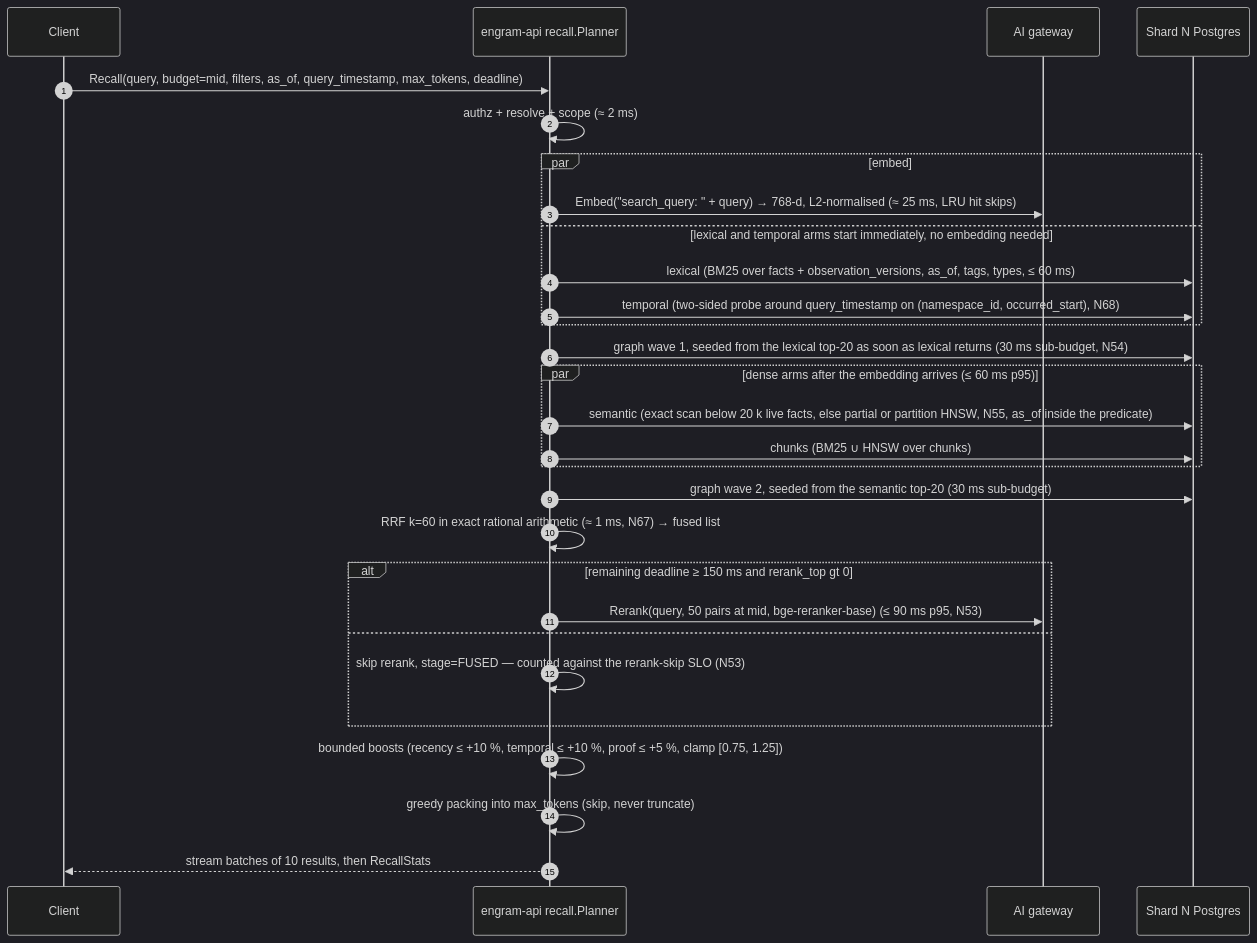
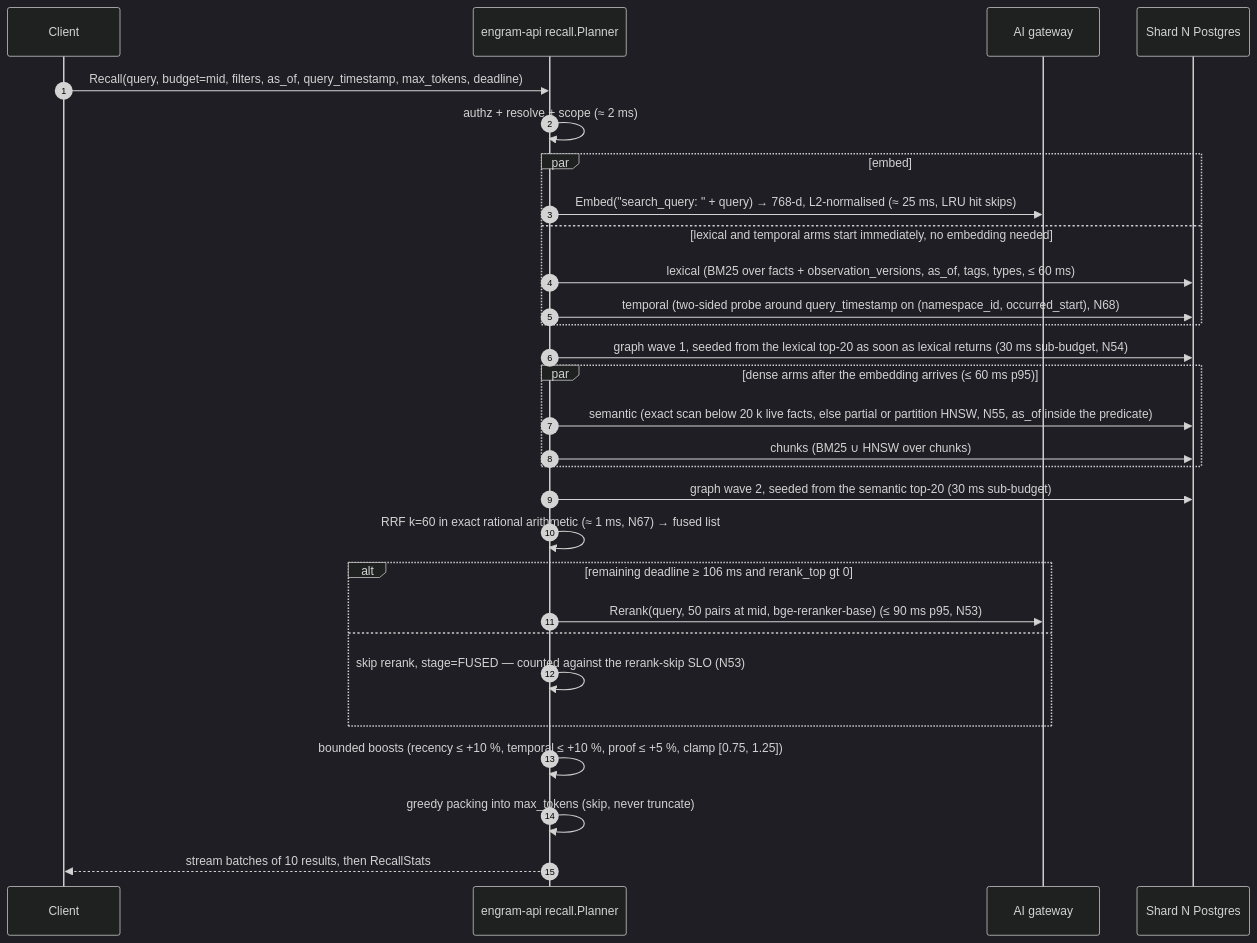
The fourth of 4 diagrams in plans/engram/sections/01-architecture.md (gstamatakis95/agent-memory-benchmark), drawn with Mermaid (dark theme) before and after one commit. The commit also changed other lines of this file and 9 other files, not shown here.

````diff
--- a/plans/engram/sections/01-architecture.md
+++ b/plans/engram/sections/01-architecture.md
@@ -344,32 +346,32 @@
 ```mermaid
 sequenceDiagram
   autonumber
   participant C as Client
   participant API as engram-api recall.Planner
   participant G as AI gateway
   participant DB as Shard N Postgres
 
   C->>API: Recall(query, budget=mid, filters, as_of, query_timestamp, max_tokens, deadline)
   API->>API: authz + resolve + scope (≈ 2 ms)
   par embed
     API->>G: Embed("search_query: " + query) → 768-d, L2-normalised (≈ 25 ms, LRU hit skips)
   and lexical and temporal arms start immediately, no embedding needed
     API->>DB: lexical (BM25 over facts + observation_versions, as_of, tags, types, ≤ 60 ms)
     API->>DB: temporal (two-sided probe around query_timestamp on (namespace_id, occurred_start), N68)
   end
   API->>DB: graph wave 1, seeded from the lexical top-20 as soon as lexical returns (30 ms sub-budget, N54)
   par dense arms after the embedding arrives (≤ 60 ms p95)
     API->>DB: semantic (exact scan below 20 k live facts, else partial or partition HNSW, N55, as_of inside the predicate)
     API->>DB: chunks (BM25 ∪ HNSW over chunks)
   end
   API->>DB: graph wave 2, seeded from the semantic top-20 (30 ms sub-budget)
   API->>API: RRF k=60 in exact rational arithmetic (≈ 1 ms, N67) → fused list
-  alt remaining deadline ≥ 150 ms and rerank_top gt 0
+  alt remaining deadline ≥ 106 ms and rerank_top gt 0
     API->>G: Rerank(query, 50 pairs at mid, bge-reranker-base) (≤ 90 ms p95, N53)
   else
     API->>API: skip rerank, stage=FUSED — counted against the rerank-skip SLO (N53)
   end
   API->>API: bounded boosts (recency ≤ +10 %, temporal ≤ +10 %, proof ≤ +5 %, clamp [0.75, 1.25])
   API->>API: greedy packing into max_tokens (skip, never truncate)
   API-->>C: stream batches of 10 results, then RecallStats
 ```
````
